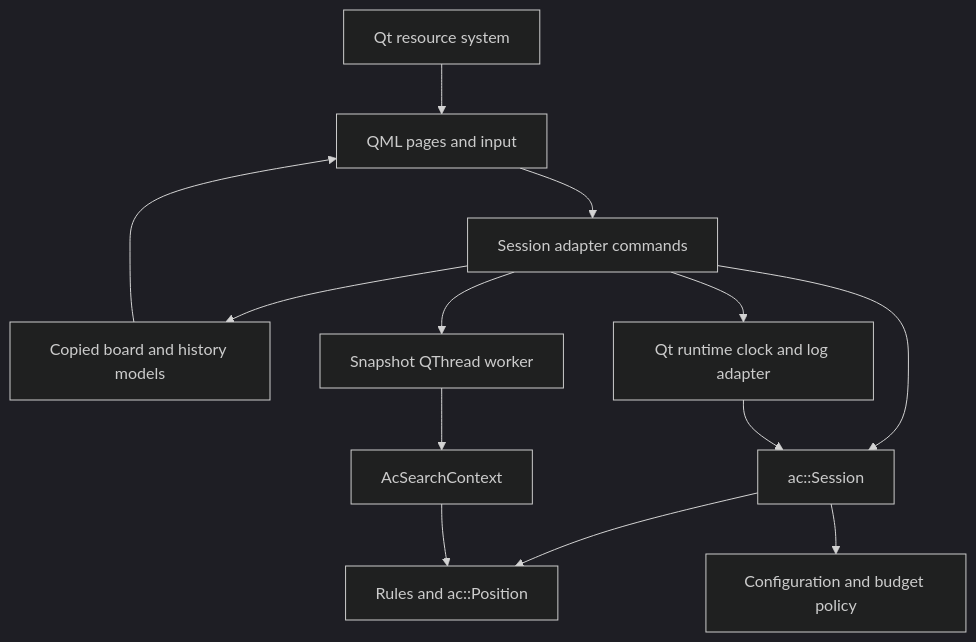
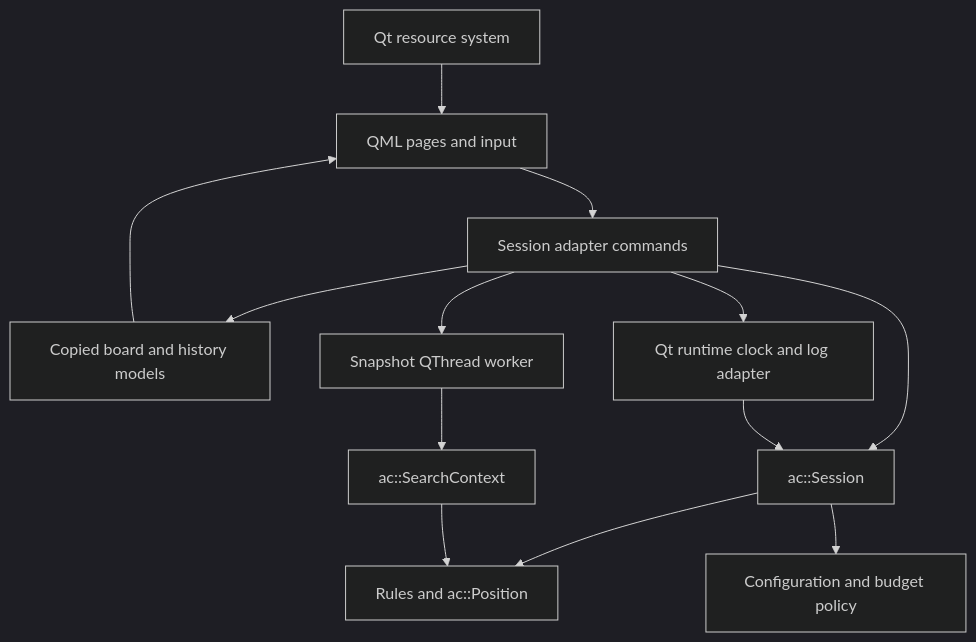
One commit to Yide-Milo-Li/AnteaterChess-Reborn changed the first of 2 diagrams in docs/architecture/software-specification.md. Above: the diagram before and after it, drawn with Mermaid (dark theme). The commit also changed other lines of this file and 21 other files, not shown here.

````diff
--- a/docs/architecture/software-specification.md
+++ b/docs/architecture/software-specification.md
@@ -7,15 +7,15 @@
 ```mermaid
 flowchart TD
     QML[QML pages and input] --> Adapter[Session adapter commands]
     Adapter --> Session[ac::Session]
     Adapter --> Models[Copied board and history models]
     Models --> QML
     Adapter --> Task[Snapshot QThread worker]
-    Task --> AI[AcSearchContext]
+    Task --> AI[ac::SearchContext]
     Session --> Rules[Rules and ac::Position]
     AI --> Rules
     Session --> Budget[Configuration and budget policy]
     Adapter --> Platform[Qt runtime clock and log adapter]
     Platform --> Session
     Resources[Qt resource system] --> QML
 ```
````
